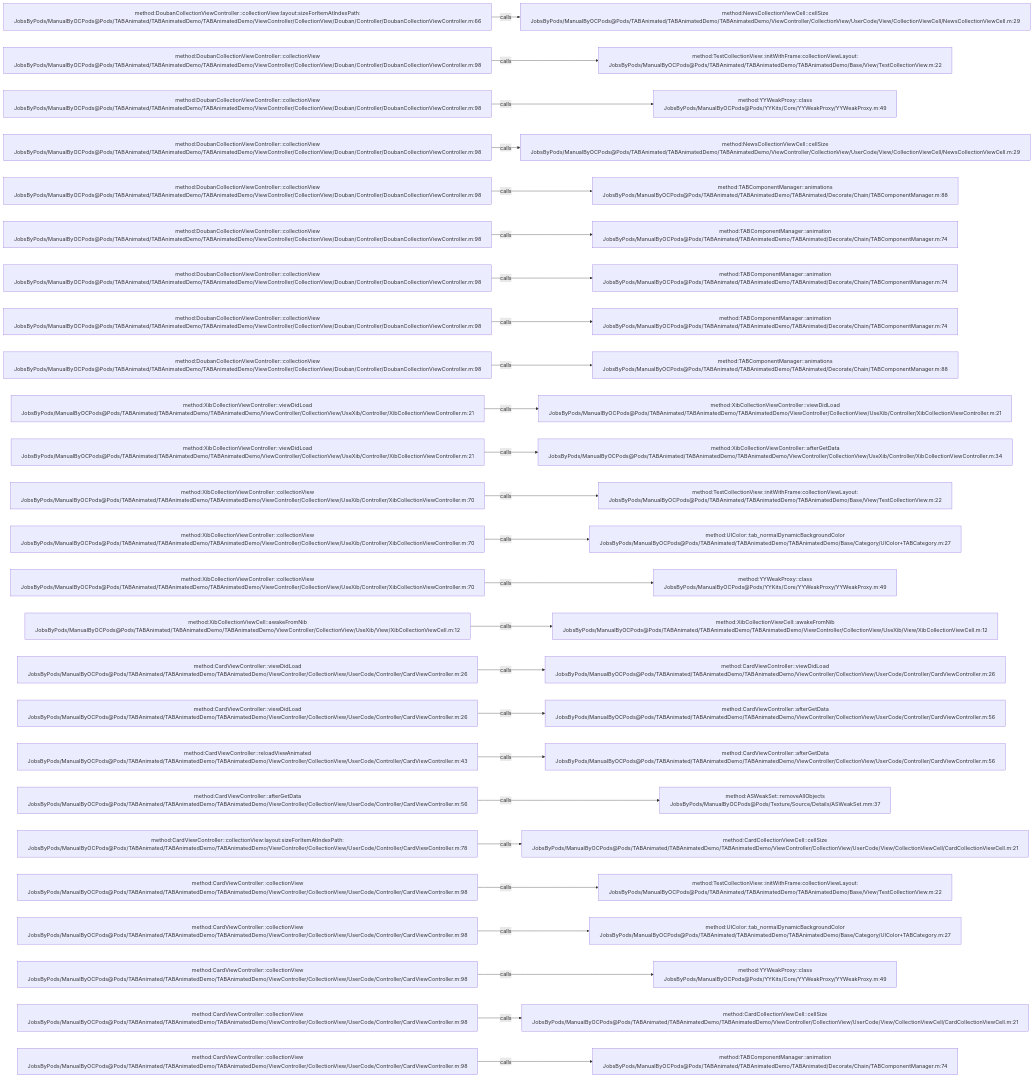
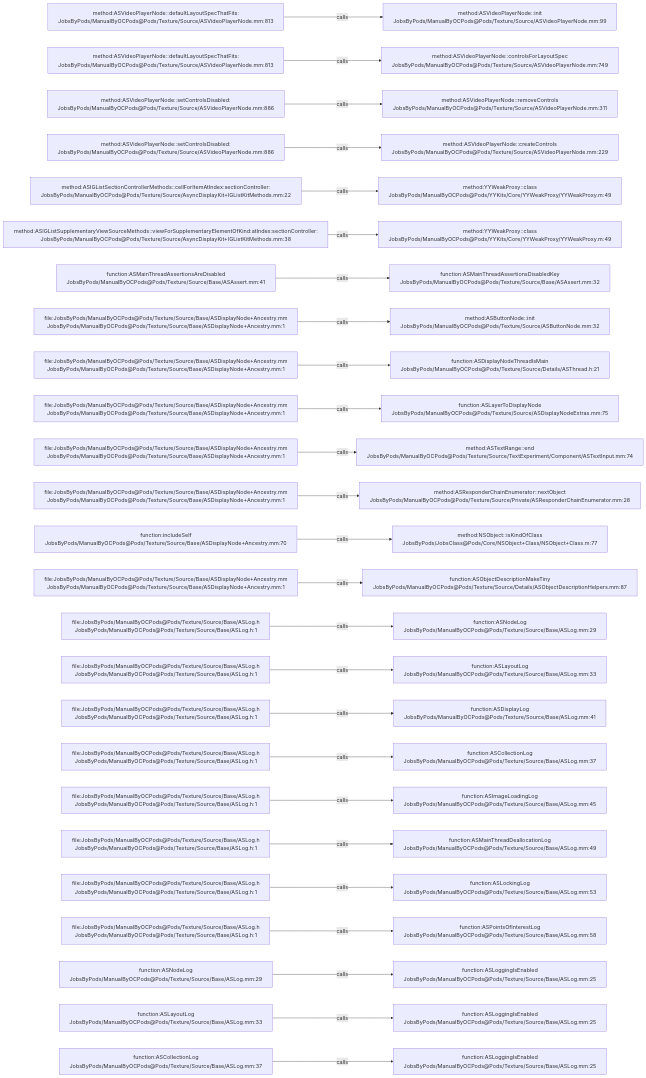
The diagram in .codegraph/codegraph.md/graphs/calls-155.md (JobsKits/JobsOCBaseConfigDemo), drawn with Mermaid before and after one commit. The commit also changed 2162 other files, not shown here.

````diff
--- a/.codegraph/codegraph.md/graphs/calls-155.md
+++ b/.codegraph/codegraph.md/graphs/calls-155.md
@@ -13,78 +13,78 @@
 ```mermaid
 flowchart LR
-  S1["method:DoubanCollectionViewController::collectionView:layout:sizeForItemAtIndexPath:<br/>JobsByPods/ManualByOCPods@Pods/TABAnimated/TABAnimatedDemo/TABAnimatedDemo/ViewController/CollectionView/Douban/Controller/DoubanCollectionViewController.m:66"]
-  T1["method:NewsCollectionViewCell::cellSize<br/>JobsByPods/ManualByOCPods@Pods/TABAnimated/TABAnimatedDemo/TABAnimatedDemo/ViewController/CollectionView/UserCode/View/CollectionViewCell/NewsCollectionViewCell.m:29"]
+  S1["method:ASVideoPlayerNode::defaultLayoutSpecThatFits:<br/>JobsByPods/ManualByOCPods@Pods/Texture/Source/ASVideoPlayerNode.mm:813"]
+  T1["method:ASVideoPlayerNode::init<br/>JobsByPods/ManualByOCPods@Pods/Texture/Source/ASVideoPlayerNode.mm:99"]
   S1 -->|calls| T1
-  S2["method:DoubanCollectionViewController::collectionView<br/>JobsByPods/ManualByOCPods@Pods/TABAnimated/TABAnimatedDemo/TABAnimatedDemo/ViewController/CollectionView/Douban/Controller/DoubanCollectionViewController.m:98"]
-  T2["method:TestCollectionView::initWithFrame:collectionViewLayout:<br/>JobsByPods/ManualByOCPods@Pods/TABAnimated/TABAnimatedDemo/TABAnimatedDemo/Base/View/TestCollectionView.m:22"]
+  S2["method:ASVideoPlayerNode::defaultLayoutSpecThatFits:<br/>JobsByPods/ManualByOCPods@Pods/Texture/Source/ASVideoPlayerNode.mm:813"]
+  T2["method:ASVideoPlayerNode::controlsForLayoutSpec<br/>JobsByPods/ManualByOCPods@Pods/Texture/Source/ASVideoPlayerNode.mm:749"]
   S2 -->|calls| T2
-  S3["method:DoubanCollectionViewController::collectionView<br/>JobsByPods/ManualByOCPods@Pods/TABAnimated/TABAnimatedDemo/TABAnimatedDemo/ViewController/CollectionView/Douban/Controller/DoubanCollectionViewController.m:98"]
-  T3["method:YYWeakProxy::class<br/>JobsByPods/ManualByOCPods@Pods/YYKits/Core/YYWeakProxy/YYWeakProxy.m:49"]
+  S3["method:ASVideoPlayerNode::setControlsDisabled:<br/>JobsByPods/ManualByOCPods@Pods/Texture/Source/ASVideoPlayerNode.mm:886"]
+  T3["method:ASVideoPlayerNode::removeControls<br/>JobsByPods/ManualByOCPods@Pods/Texture/Source/ASVideoPlayerNode.mm:311"]
   S3 -->|calls| T3
-  S4["method:DoubanCollectionViewController::collectionView<br/>JobsByPods/ManualByOCPods@Pods/TABAnimated/TABAnimatedDemo/TABAnimatedDemo/ViewController/CollectionView/Douban/Controller/DoubanCollectionViewController.m:98"]
-  T4["method:NewsCollectionViewCell::cellSize<br/>JobsByPods/ManualByOCPods@Pods/TABAnimated/TABAnimatedDemo/TABAnimatedDemo/ViewController/CollectionView/UserCode/View/CollectionViewCell/NewsCollectionViewCell.m:29"]
+  S4["method:ASVideoPlayerNode::setControlsDisabled:<br/>JobsByPods/ManualByOCPods@Pods/Texture/Source/ASVideoPlayerNode.mm:886"]
+  T4["method:ASVideoPlayerNode::createControls<br/>JobsByPods/ManualByOCPods@Pods/Texture/Source/ASVideoPlayerNode.mm:229"]
   S4 -->|calls| T4
-  S5["method:DoubanCollectionViewController::collectionView<br/>JobsByPods/ManualByOCPods@Pods/TABAnimated/TABAnimatedDemo/TABAnimatedDemo/ViewController/CollectionView/Douban/Controller/DoubanCollectionViewController.m:98"]
-  T5["method:TABComponentManager::animations<br/>JobsByPods/ManualByOCPods@Pods/TABAnimated/TABAnimatedDemo/TABAnimated/Decorate/Chain/TABComponentManager.m:88"]
+  S5["method:ASIGListSectionControllerMethods::cellForItemAtIndex:sectionController:<br/>JobsByPods/ManualByOCPods@Pods/Texture/Source/AsyncDisplayKit+IGListKitMethods.mm:22"]
+  T5["method:YYWeakProxy::class<br/>JobsByPods/ManualByOCPods@Pods/YYKits/Core/YYWeakProxy/YYWeakProxy.m:49"]
   S5 -->|calls| T5
-  S6["method:DoubanCollectionViewController::collectionView<br/>JobsByPods/ManualByOCPods@Pods/TABAnimated/TABAnimatedDemo/TABAnimatedDemo/ViewController/CollectionView/Douban/Controller/DoubanCollectionViewController.m:98"]
-  T6["method:TABComponentManager::animation<br/>JobsByPods/ManualByOCPods@Pods/TABAnimated/TABAnimatedDemo/TABAnimated/Decorate/Chain/TABComponentManager.m:74"]
+  S6["method:ASIGListSupplementaryViewSourceMethods::viewForSupplementaryElementOfKind:atIndex:sectionController:<br/>JobsByPods/ManualByOCPods@Pods/Texture/Source/AsyncDisplayKit+IGListKitMethods.mm:38"]
+  T6["method:YYWeakProxy::class<br/>JobsByPods/ManualByOCPods@Pods/YYKits/Core/YYWeakProxy/YYWeakProxy.m:49"]
   S6 -->|calls| T6
-  S7["method:DoubanCollectionViewController::collectionView<br/>JobsByPods/ManualByOCPods@Pods/TABAnimated/TABAnimatedDemo/TABAnimatedDemo/ViewController/CollectionView/Douban/Controller/DoubanCollectionViewController.m:98"]
-  T7["method:TABComponentManager::animation<br/>JobsByPods/ManualByOCPods@Pods/TABAnimated/TABAnimatedDemo/TABAnimated/Decorate/Chain/TABComponentManager.m:74"]
+  S7["function:ASMainThreadAssertionsAreDisabled<br/>JobsByPods/ManualByOCPods@Pods/Texture/Source/Base/ASAssert.mm:41"]
+  T7["function:ASMainThreadAssertionsDisabledKey<br/>JobsByPods/ManualByOCPods@Pods/Texture/Source/Base/ASAssert.mm:32"]
   S7 -->|calls| T7
-  S8["method:DoubanCollectionViewController::collectionView<br/>JobsByPods/ManualByOCPods@Pods/TABAnimated/TABAnimatedDemo/TABAnimatedDemo/ViewController/CollectionView/Douban/Controller/DoubanCollectionViewController.m:98"]
-  T8["method:TABComponentManager::animation<br/>JobsByPods/ManualByOCPods@Pods/TABAnimated/TABAnimatedDemo/TABAnimated/Decorate/Chain/TABComponentManager.m:74"]
+  S8["file:JobsByPods/ManualByOCPods@Pods/Texture/Source/Base/ASDisplayNode+Ancestry.mm<br/>JobsByPods/ManualByOCPods@Pods/Texture/Source/Base/ASDisplayNode+Ancestry.mm:1"]
+  T8["method:ASButtonNode::init<br/>JobsByPods/ManualByOCPods@Pods/Texture/Source/ASButtonNode.mm:32"]
   S8 -->|calls| T8
-  S9["method:DoubanCollectionViewController::collectionView<br/>JobsByPods/ManualByOCPods@Pods/TABAnimated/TABAnimatedDemo/TABAnimatedDemo/ViewController/CollectionView/Douban/Controller/DoubanCollectionViewController.m:98"]
-  T9["method:TABComponentManager::animations<br/>JobsByPods/ManualByOCPods@Pods/TABAnimated/TABAnimatedDemo/TABAnimated/Decorate/Chain/TABComponentManager.m:88"]
+  S9["file:JobsByPods/ManualByOCPods@Pods/Texture/Source/Base/ASDisplayNode+Ancestry.mm<br/>JobsByPods/ManualByOCPods@Pods/Texture/Source/Base/ASDisplayNode+Ancestry.mm:1"]
+  T9["function:ASDisplayNodeThreadIsMain<br/>JobsByPods/ManualByOCPods@Pods/Texture/Source/Details/ASThread.h:21"]
   S9 -->|calls| T9
-  S10["method:XibCollectionViewController::viewDidLoad<br/>JobsByPods/ManualByOCPods@Pods/TABAnimated/TABAnimatedDemo/TABAnimatedDemo/ViewController/CollectionView/UseXib/Controller/XibCollectionViewController.m:21"]
-  T10["method:XibCollectionViewController::viewDidLoad<br/>JobsByPods/ManualByOCPods@Pods/TABAnimated/TABAnimatedDemo/TABAnimatedDemo/ViewController/CollectionView/UseXib/Controller/XibCollectionViewController.m:21"]
+  S10["file:JobsByPods/ManualByOCPods@Pods/Texture/Source/Base/ASDisplayNode+Ancestry.mm<br/>JobsByPods/ManualByOCPods@Pods/Texture/Source/Base/ASDisplayNode+Ancestry.mm:1"]
+  T10["function:ASLayerToDisplayNode<br/>JobsByPods/ManualByOCPods@Pods/Texture/Source/ASDisplayNodeExtras.mm:75"]
   S10 -->|calls| T10
-  S11["method:XibCollectionViewController::viewDidLoad<br/>JobsByPods/ManualByOCPods@Pods/TABAnimated/TABAnimatedDemo/TABAnimatedDemo/ViewController/CollectionView/UseXib/Controller/XibCollectionViewController.m:21"]
-  T11["method:XibCollectionViewController::afterGetData<br/>JobsByPods/ManualByOCPods@Pods/TABAnimated/TABAnimatedDemo/TABAnimatedDemo/ViewController/CollectionView/UseXib/Controller/XibCollectionViewController.m:34"]
+  S11["file:JobsByPods/ManualByOCPods@Pods/Texture/Source/Base/ASDisplayNode+Ancestry.mm<br/>JobsByPods/ManualByOCPods@Pods/Texture/Source/Base/ASDisplayNode+Ancestry.mm:1"]
+  T11["method:ASTextRange::end<br/>JobsByPods/ManualByOCPods@Pods/Texture/Source/TextExperiment/Component/ASTextInput.mm:74"]
   S11 -->|calls| T11
-  S12["method:XibCollectionViewController::collectionView<br/>JobsByPods/ManualByOCPods@Pods/TABAnimated/TABAnimatedDemo/TABAnimatedDemo/ViewController/CollectionView/UseXib/Controller/XibCollectionViewController.m:70"]
-  T12["method:TestCollectionView::initWithFrame:collectionViewLayout:<br/>JobsByPods/ManualByOCPods@Pods/TABAnimated/TABAnimatedDemo/TABAnimatedDemo/Base/View/TestCollectionView.m:22"]
+  S12["file:JobsByPods/ManualByOCPods@Pods/Texture/Source/Base/ASDisplayNode+Ancestry.mm<br/>JobsByPods/ManualByOCPods@Pods/Texture/Source/Base/ASDisplayNode+Ancestry.mm:1"]
+  T12["method:ASResponderChainEnumerator::nextObject<br/>JobsByPods/ManualByOCPods@Pods/Texture/Source/Private/ASResponderChainEnumerator.mm:28"]
   S12 -->|calls| T12
-  S13["method:XibCollectionViewController::collectionView<br/>JobsByPods/ManualByOCPods@Pods/TABAnimated/TABAnimatedDemo/TABAnimatedDemo/ViewController/CollectionView/UseXib/Controller/XibCollectionViewController.m:70"]
-  T13["method:UIColor::tab_normalDynamicBackgroundColor<br/>JobsByPods/ManualByOCPods@Pods/TABAnimated/TABAnimatedDemo/TABAnimatedDemo/Base/Category/UIColor+TABCategory.m:27"]
+  S13["function:includeSelf<br/>JobsByPods/ManualByOCPods@Pods/Texture/Source/Base/ASDisplayNode+Ancestry.mm:70"]
+  T13["method:NSObject::isKindOfClass<br/>JobsByPods/JobsClass@Pods/Core/NSObject+Class/NSObject+Class.m:77"]
   S13 -->|calls| T13
-  S14["method:XibCollectionViewController::collectionView<br/>JobsByPods/ManualByOCPods@Pods/TABAnimated/TABAnimatedDemo/TABAnimatedDemo/ViewController/CollectionView/UseXib/Controller/XibCollectionViewController.m:70"]
-  T14["method:YYWeakProxy::class<br/>JobsByPods/ManualByOCPods@Pods/YYKits/Core/YYWeakProxy/YYWeakProxy.m:49"]
+  S14["file:JobsByPods/ManualByOCPods@Pods/Texture/Source/Base/ASDisplayNode+Ancestry.mm<br/>JobsByPods/ManualByOCPods@Pods/Texture/Source/Base/ASDisplayNode+Ancestry.mm:1"]
+  T14["function:ASObjectDescriptionMakeTiny<br/>JobsByPods/ManualByOCPods@Pods/Texture/Source/Details/ASObjectDescriptionHelpers.mm:87"]
   S14 -->|calls| T14
-  S15["method:XibCollectionViewCell::awakeFromNib<br/>JobsByPods/ManualByOCPods@Pods/TABAnimated/TABAnimatedDemo/TABAnimatedDemo/ViewController/CollectionView/UseXib/View/XibCollectionViewCell.m:12"]
-  T15["method:XibCollectionViewCell::awakeFromNib<br/>JobsByPods/ManualByOCPods@Pods/TABAnimated/TABAnimatedDemo/TABAnimatedDemo/ViewController/CollectionView/UseXib/View/XibCollectionViewCell.m:12"]
+  S15["file:JobsByPods/ManualByOCPods@Pods/Texture/Source/Base/ASLog.h<br/>JobsByPods/ManualByOCPods@Pods/Texture/Source/Base/ASLog.h:1"]
+  T15["function:ASNodeLog<br/>JobsByPods/ManualByOCPods@Pods/Texture/Source/Base/ASLog.mm:29"]
   S15 -->|calls| T15
-  S16["method:CardViewController::viewDidLoad<br/>JobsByPods/ManualByOCPods@Pods/TABAnimated/TABAnimatedDemo/TABAnimatedDemo/ViewController/CollectionView/UserCode/Controller/CardViewController.m:26"]
-  T16["method:CardViewController::viewDidLoad<br/>JobsByPods/ManualByOCPods@Pods/TABAnimated/TABAnimatedDemo/TABAnimatedDemo/ViewController/CollectionView/UserCode/Controller/CardViewController.m:26"]
+  S16["file:JobsByPods/ManualByOCPods@Pods/Texture/Source/Base/ASLog.h<br/>JobsByPods/ManualByOCPods@Pods/Texture/Source/Base/ASLog.h:1"]
+  T16["function:ASLayoutLog<br/>JobsByPods/ManualByOCPods@Pods/Texture/Source/Base/ASLog.mm:33"]
   S16 -->|calls| T16
-  S17["method:CardViewController::viewDidLoad<br/>JobsByPods/ManualByOCPods@Pods/TABAnimated/TABAnimatedDemo/TABAnimatedDemo/ViewController/CollectionView/UserCode/Controller/CardViewController.m:26"]
-  T17["method:CardViewController::afterGetData<br/>JobsByPods/ManualByOCPods@Pods/TABAnimated/TABAnimatedDemo/TABAnimatedDemo/ViewController/CollectionView/UserCode/Controller/CardViewController.m:56"]
+  S17["file:JobsByPods/ManualByOCPods@Pods/Texture/Source/Base/ASLog.h<br/>JobsByPods/ManualByOCPods@Pods/Texture/Source/Base/ASLog.h:1"]
+  T17["function:ASDisplayLog<br/>JobsByPods/ManualByOCPods@Pods/Texture/Source/Base/ASLog.mm:41"]
   S17 -->|calls| T17
-  S18["method:CardViewController::reloadViewAnimated<br/>JobsByPods/ManualByOCPods@Pods/TABAnimated/TABAnimatedDemo/TABAnimatedDemo/ViewController/CollectionView/UserCode/Controller/CardViewController.m:43"]
-  T18["method:CardViewController::afterGetData<br/>JobsByPods/ManualByOCPods@Pods/TABAnimated/TABAnimatedDemo/TABAnimatedDemo/ViewController/CollectionView/UserCode/Controller/CardViewController.m:56"]
+  S18["file:JobsByPods/ManualByOCPods@Pods/Texture/Source/Base/ASLog.h<br/>JobsByPods/ManualByOCPods@Pods/Texture/Source/Base/ASLog.h:1"]
+  T18["function:ASCollectionLog<br/>JobsByPods/ManualByOCPods@Pods/Texture/Source/Base/ASLog.mm:37"]
   S18 -->|calls| T18
-  S19["method:CardViewController::afterGetData<br/>JobsByPods/ManualByOCPods@Pods/TABAnimated/TABAnimatedDemo/TABAnimatedDemo/ViewController/CollectionView/UserCode/Controller/CardViewController.m:56"]
-  T19["method:ASWeakSet::removeAllObjects<br/>JobsByPods/ManualByOCPods@Pods/Texture/Source/Details/ASWeakSet.mm:37"]
+  S19["file:JobsByPods/ManualByOCPods@Pods/Texture/Source/Base/ASLog.h<br/>JobsByPods/ManualByOCPods@Pods/Texture/Source/Base/ASLog.h:1"]
+  T19["function:ASImageLoadingLog<br/>JobsByPods/ManualByOCPods@Pods/Texture/Source/Base/ASLog.mm:45"]
   S19 -->|calls| T19
-  S20["method:CardViewController::collectionView:layout:sizeForItemAtIndexPath:<br/>JobsByPods/ManualByOCPods@Pods/TABAnimated/TABAnimatedDemo/TABAnimatedDemo/ViewController/CollectionView/UserCode/Controller/CardViewController.m:78"]
-  T20["method:CardCollectionViewCell::cellSize<br/>JobsByPods/ManualByOCPods@Pods/TABAnimated/TABAnimatedDemo/TABAnimatedDemo/ViewController/CollectionView/UserCode/View/CollectionViewCell/CardCollectionViewCell.m:21"]
+  S20["file:JobsByPods/ManualByOCPods@Pods/Texture/Source/Base/ASLog.h<br/>JobsByPods/ManualByOCPods@Pods/Texture/Source/Base/ASLog.h:1"]
+  T20["function:ASMainThreadDeallocationLog<br/>JobsByPods/ManualByOCPods@Pods/Texture/Source/Base/ASLog.mm:49"]
   S20 -->|calls| T20
-  S21["method:CardViewController::collectionView<br/>JobsByPods/ManualByOCPods@Pods/TABAnimated/TABAnimatedDemo/TABAnimatedDemo/ViewController/CollectionView/UserCode/Controller/CardViewController.m:98"]
-  T21["method:TestCollectionView::initWithFrame:collectionViewLayout:<br/>JobsByPods/ManualByOCPods@Pods/TABAnimated/TABAnimatedDemo/TABAnimatedDemo/Base/View/TestCollectionView.m:22"]
+  S21["file:JobsByPods/ManualByOCPods@Pods/Texture/Source/Base/ASLog.h<br/>JobsByPods/ManualByOCPods@Pods/Texture/Source/Base/ASLog.h:1"]
+  T21["function:ASLockingLog<br/>JobsByPods/ManualByOCPods@Pods/Texture/Source/Base/ASLog.mm:53"]
   S21 -->|calls| T21
-  S22["method:CardViewController::collectionView<br/>JobsByPods/ManualByOCPods@Pods/TABAnimated/TABAnimatedDemo/TABAnimatedDemo/ViewController/CollectionView/UserCode/Controller/CardViewController.m:98"]
-  T22["method:UIColor::tab_normalDynamicBackgroundColor<br/>JobsByPods/ManualByOCPods@Pods/TABAnimated/TABAnimatedDemo/TABAnimatedDemo/Base/Category/UIColor+TABCategory.m:27"]
+  S22["file:JobsByPods/ManualByOCPods@Pods/Texture/Source/Base/ASLog.h<br/>JobsByPods/ManualByOCPods@Pods/Texture/Source/Base/ASLog.h:1"]
+  T22["function:ASPointsOfInterestLog<br/>JobsByPods/ManualByOCPods@Pods/Texture/Source/Base/ASLog.mm:58"]
   S22 -->|calls| T22
-  S23["method:CardViewController::collectionView<br/>JobsByPods/ManualByOCPods@Pods/TABAnimated/TABAnimatedDemo/TABAnimatedDemo/ViewController/CollectionView/UserCode/Controller/CardViewController.m:98"]
-  T23["method:YYWeakProxy::class<br/>JobsByPods/ManualByOCPods@Pods/YYKits/Core/YYWeakProxy/YYWeakProxy.m:49"]
+  S23["function:ASNodeLog<br/>JobsByPods/ManualByOCPods@Pods/Texture/Source/Base/ASLog.mm:29"]
+  T23["function:ASLoggingIsEnabled<br/>JobsByPods/ManualByOCPods@Pods/Texture/Source/Base/ASLog.mm:25"]
   S23 -->|calls| T23
-  S24["method:CardViewController::collectionView<br/>JobsByPods/ManualByOCPods@Pods/TABAnimated/TABAnimatedDemo/TABAnimatedDemo/ViewController/CollectionView/UserCode/Controller/CardViewController.m:98"]
-  T24["method:CardCollectionViewCell::cellSize<br/>JobsByPods/ManualByOCPods@Pods/TABAnimated/TABAnimatedDemo/TABAnimatedDemo/ViewController/CollectionView/UserCode/View/CollectionViewCell/CardCollectionViewCell.m:21"]
+  S24["function:ASLayoutLog<br/>JobsByPods/ManualByOCPods@Pods/Texture/Source/Base/ASLog.mm:33"]
+  T24["function:ASLoggingIsEnabled<br/>JobsByPods/ManualByOCPods@Pods/Texture/Source/Base/ASLog.mm:25"]
   S24 -->|calls| T24
-  S25["method:CardViewController::collectionView<br/>JobsByPods/ManualByOCPods@Pods/TABAnimated/TABAnimatedDemo/TABAnimatedDemo/ViewController/CollectionView/UserCode/Controller/CardViewController.m:98"]
-  T25["method:TABComponentManager::animation<br/>JobsByPods/ManualByOCPods@Pods/TABAnimated/TABAnimatedDemo/TABAnimated/Decorate/Chain/TABComponentManager.m:74"]
+  S25["function:ASCollectionLog<br/>JobsByPods/ManualByOCPods@Pods/Texture/Source/Base/ASLog.mm:37"]
+  T25["function:ASLoggingIsEnabled<br/>JobsByPods/ManualByOCPods@Pods/Texture/Source/Base/ASLog.mm:25"]
   S25 -->|calls| T25
 ```
````
